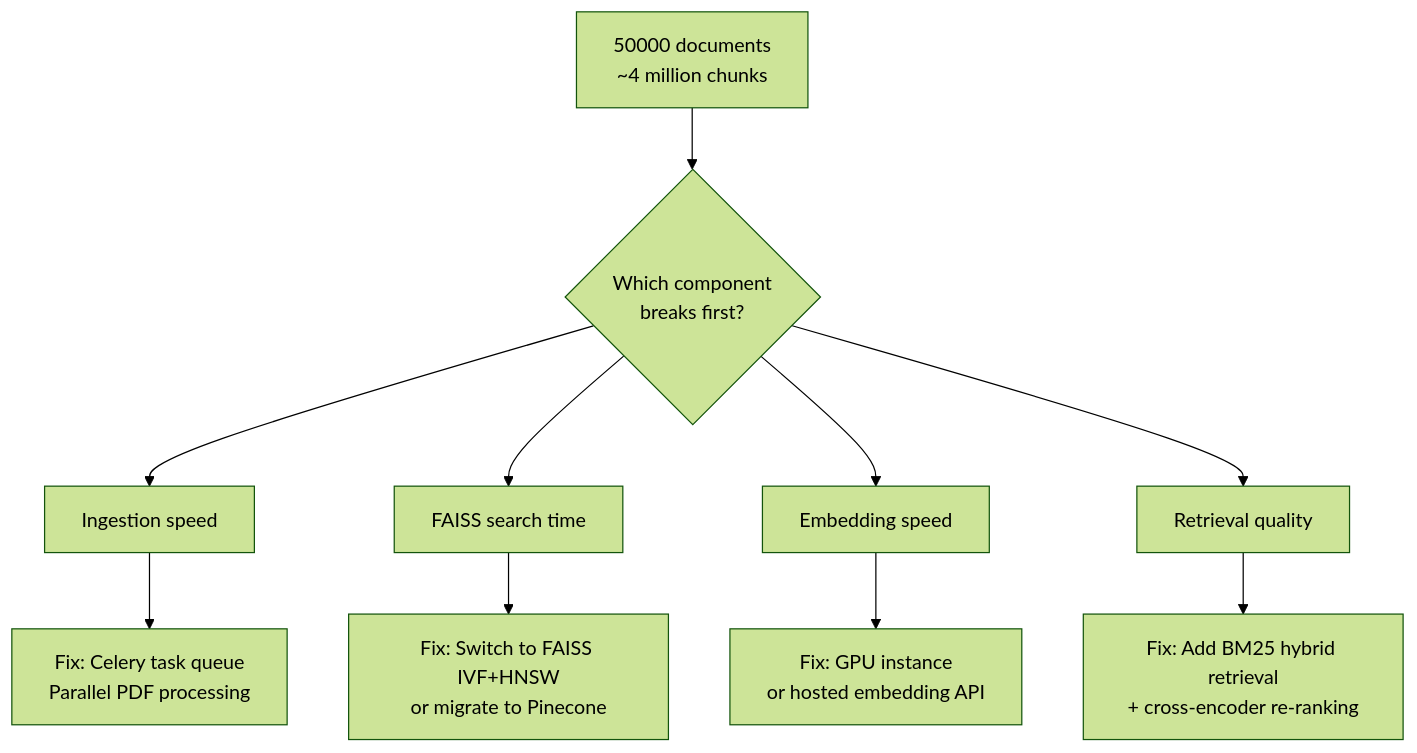
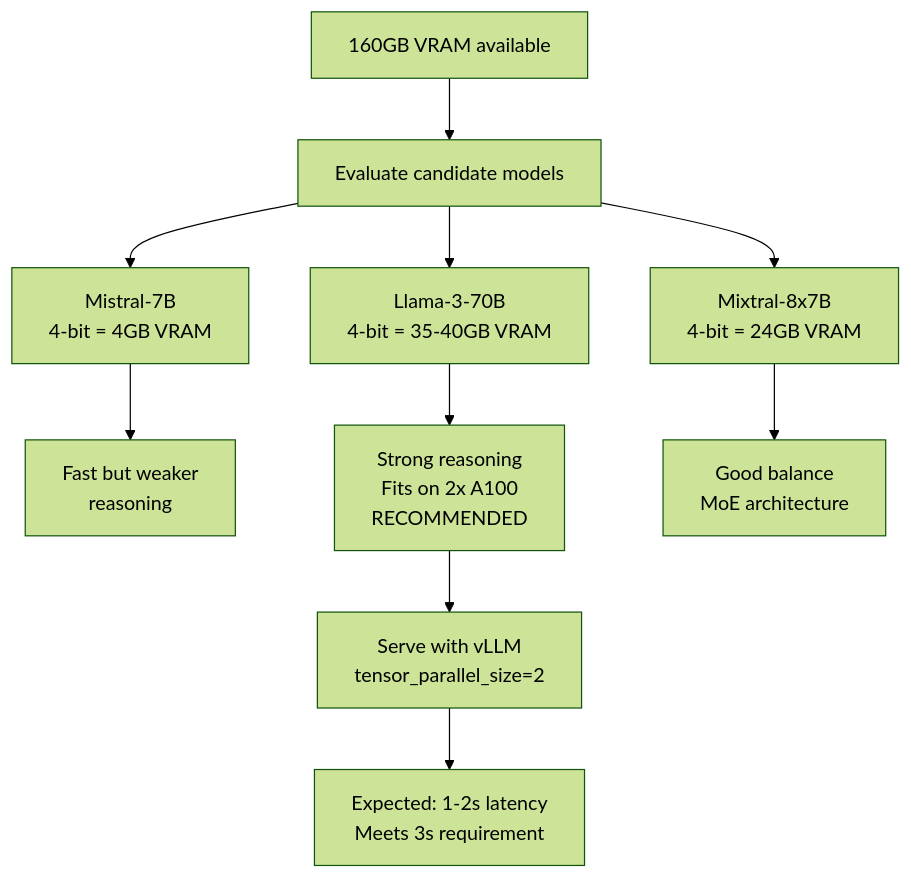
Before and after one commit to sukhmeetoberoi/artikate-ai-assessment: the third of 3 diagrams in ANSWERS.md, drawn with Mermaid (forest theme). The commit also changed other lines of this file, not shown here.

````diff
--- a/ANSWERS.md
+++ b/ANSWERS.md
@@ -209,13 +445,14 @@
 ```mermaid
 flowchart TD
-    A[50000 documents\n~4 million chunks] --> B{Which component\nbreaks first?}
-    B --> C[Ingestion speed]
-    B --> D[FAISS search time]
-    B --> E[Embedding speed]
-    B --> F[Retrieval quality]
+    A[160GB VRAM available] --> B[Evaluate candidate models]
+    B --> C[Mistral-7B\n4-bit = 4GB VRAM]
+    B --> D[Llama-3-70B\n4-bit = 35-40GB VRAM]
+    B --> E[Mixtral-8x7B\n4-bit = 24GB VRAM]
     
-    C --> C1[Fix: Celery task queue\nParallel PDF processing]
-    D --> D1[Fix: Switch to FAISS IVF+HNSW\nor migrate to Pinecone]
-    E --> E1[Fix: GPU instance\nor hosted embedding API]
-    F --> F1[Fix: Add BM25 hybrid retrieval\n+ cross-encoder re-ranking]
+    C --> C1[Fast but weaker\nreasoning]
+    D --> D1[Strong reasoning\nFits on 2x A100\nRECOMMENDED]
+    E --> E1[Good balance\nMoE architecture]
+    
+    D1 --> F[Serve with vLLM\ntensor_parallel_size=2]
+    F --> G[Expected: 1-2s latency\nMeets 3s requirement]
 ```
````
